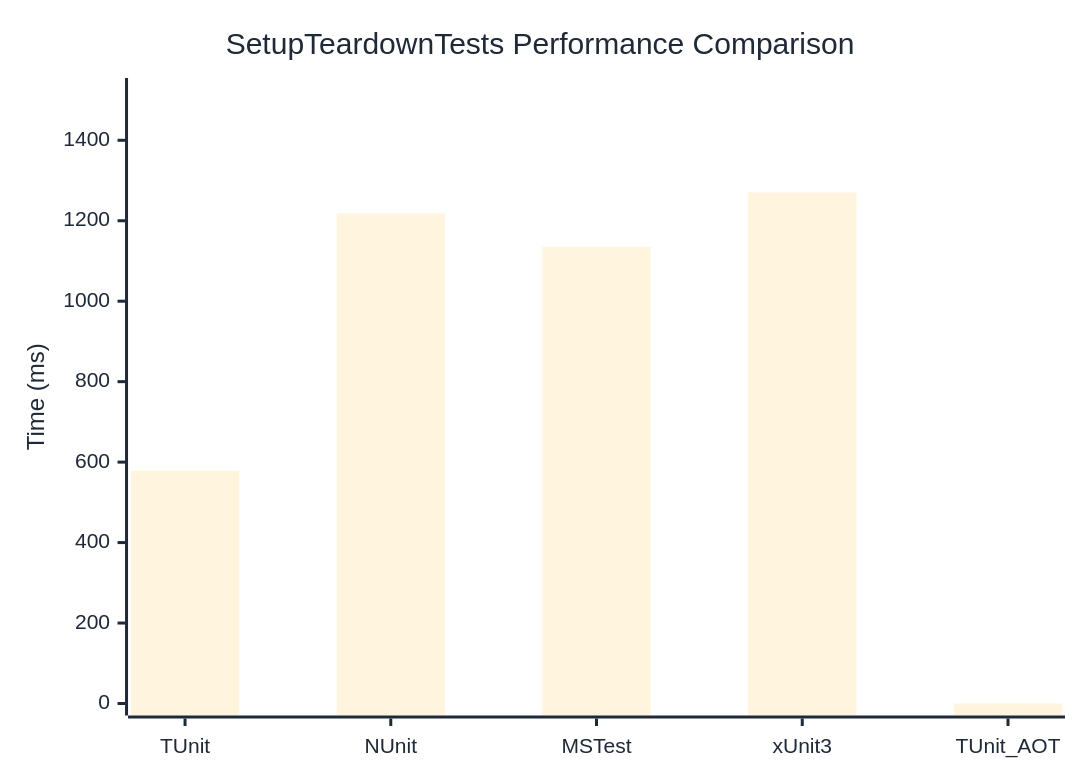
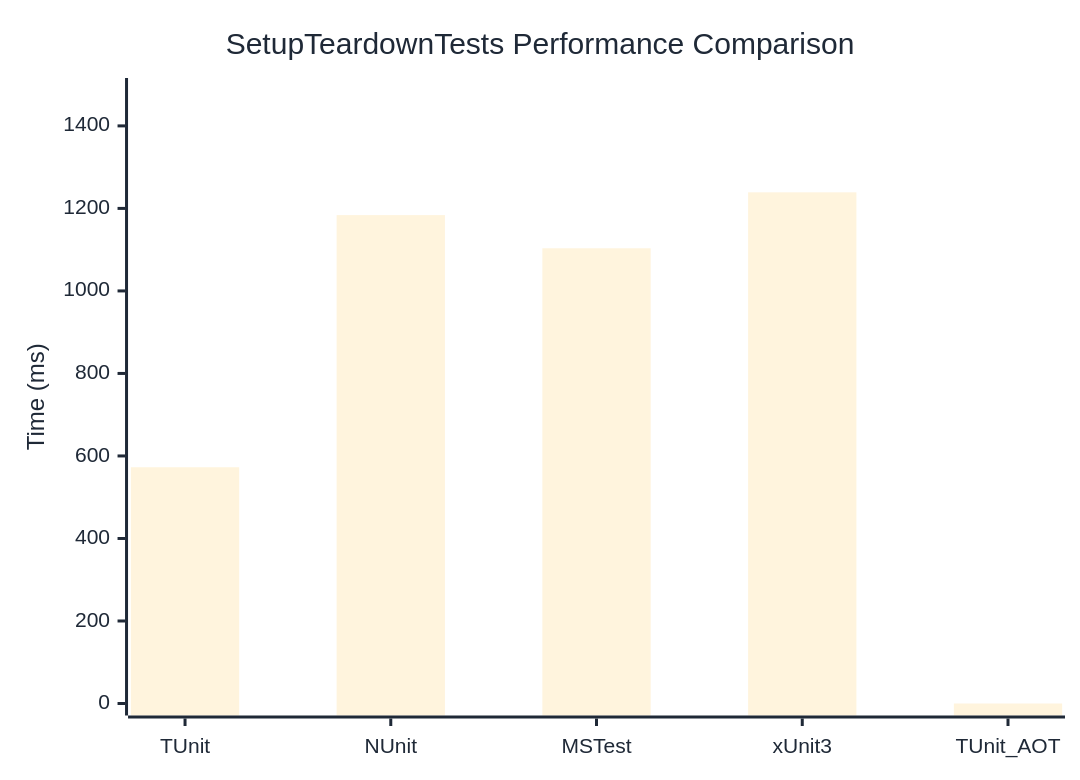
One commit to thomhurst/TUnit changed the diagram in docs/docs/benchmarks/SetupTeardownTests.md. Above: the diagram before and after it, drawn with Mermaid. The commit also changed other lines of this file and 16 other files, not shown here.

````diff
--- a/docs/docs/benchmarks/SetupTeardownTests.md
+++ b/docs/docs/benchmarks/SetupTeardownTests.md
@@ -27,37 +27,37 @@
 ```mermaid
 %%{init: {
   'theme':'base',
   'themeVariables': {
     'primaryColor': '#2563eb',
     'primaryTextColor': '#1f2937',
     'primaryBorderColor': '#1e40af',
     'lineColor': '#6b7280',
     'secondaryColor': '#7c3aed',
     'tertiaryColor': '#dc2626',
     'background': '#ffffff',
     'mainBkg': '#2563eb',
     'secondBkg': '#7c3aed',
     'tertiaryBkg': '#dc2626',
     'clusterBkg': '#f3f4f6',
     'edgeLabelBackground': '#ffffff',
     'tertiaryTextColor': '#1f2937',
     'pie1': '#2563eb',
     'pie2': '#7c3aed',
     'pie3': '#dc2626',
     'pie4': '#f59e0b',
     'pie5': '#10b981',
     'pie6': '#06b6d4',
     'pie7': '#ec4899',
     'pie8': '#6366f1',
     'pie9': '#84cc16',
     'pie10': '#f97316',
     'pie11': '#14b8a6',
     'pie12': '#a855f7'
   }
 }}%%
 xychart-beta
   title "SetupTeardownTests Performance Comparison"
   x-axis ["TUnit", "NUnit", "MSTest", "xUnit3", "TUnit_AOT"]
-  y-axis "Time (ms)" 0 --> 1525
-  bar [578.6, 1218.4, 1135.3, 1270.3, 0]
+  y-axis "Time (ms)" 0 --> 1487
+  bar [572.6, 1183.8, 1103.4, 1239, 0]
 ```
````
